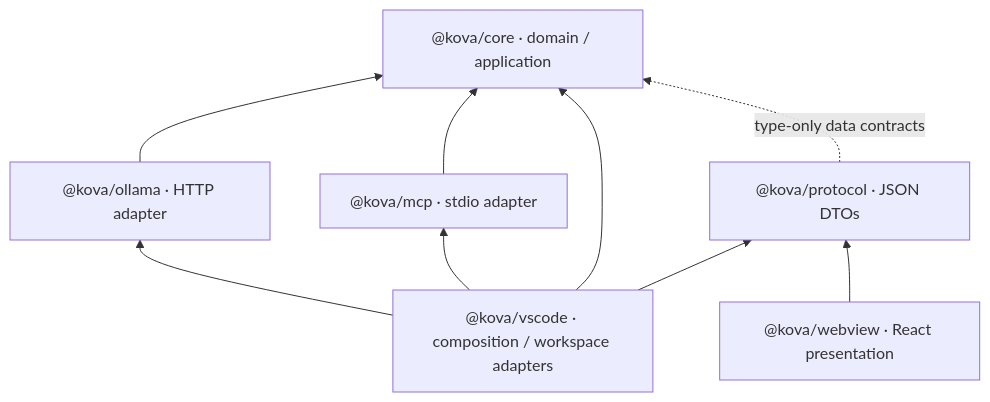
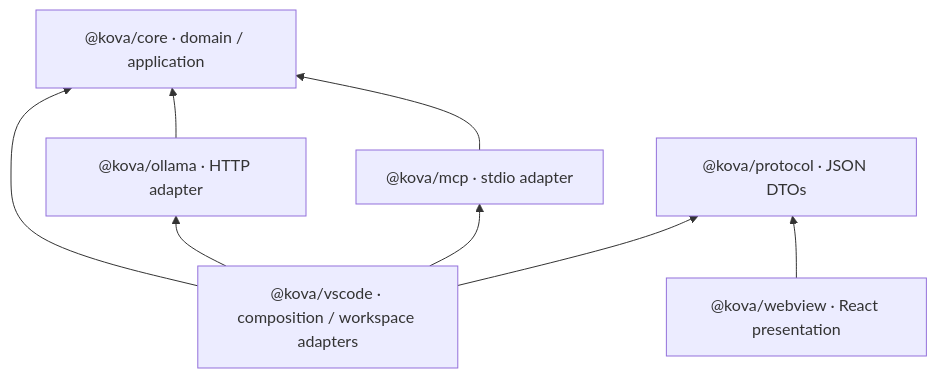
The diagram in docs/ARCHITECTURE.md (owlCoder/kova), drawn with Mermaid before and after one commit. The commit also changed other lines of this file and 18 other files, not shown here.

Commit message:
docs: accept architecture review amendments for milestone 1

````diff
--- a/docs/ARCHITECTURE.md
+++ b/docs/ARCHITECTURE.md
@@ -7,11 +7,10 @@
 ```mermaid
 flowchart BT
   O["@kova/ollama · HTTP adapter"] --> C["@kova/core · domain / application"]
   M["@kova/mcp · stdio adapter"] --> C
   V["@kova/vscode · composition / workspace adapters"] --> C
   V --> O
   V --> M
   V --> P["@kova/protocol · JSON DTOs"]
   W["@kova/webview · React presentation"] --> P
-  P -. "type-only data contracts" .-> C
 ```
````
